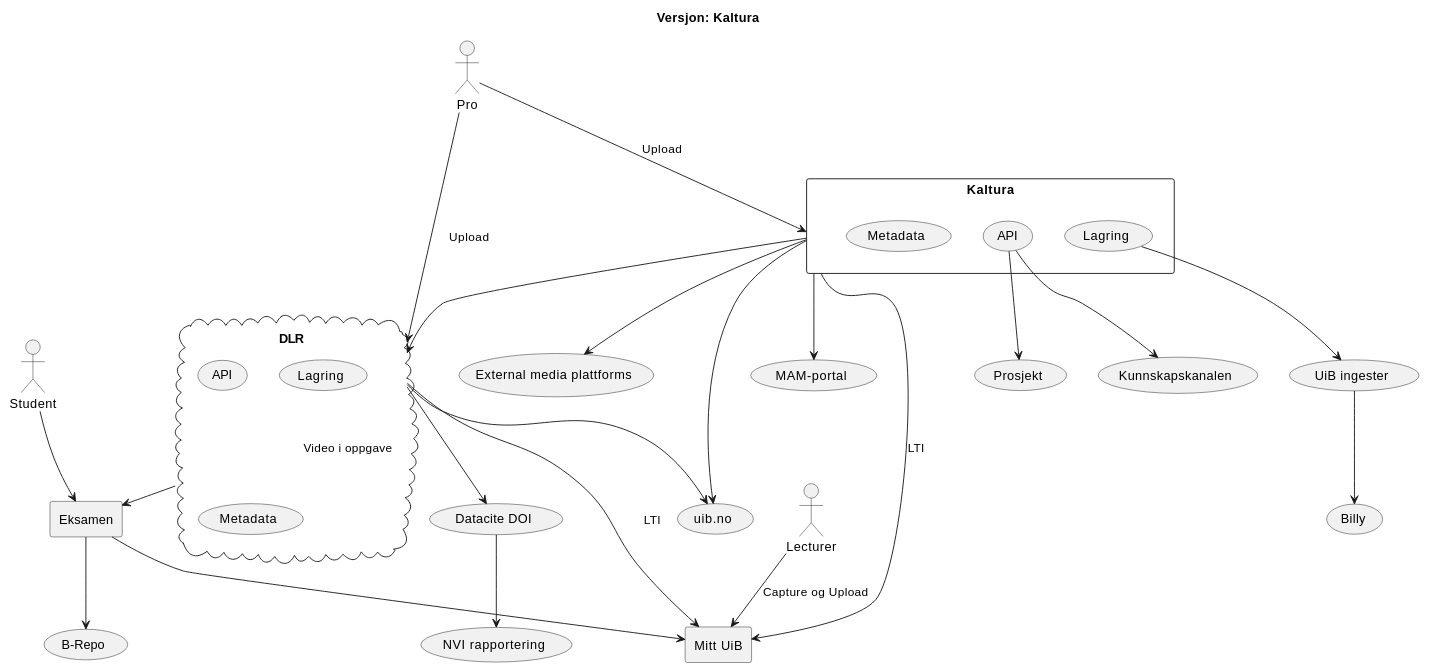
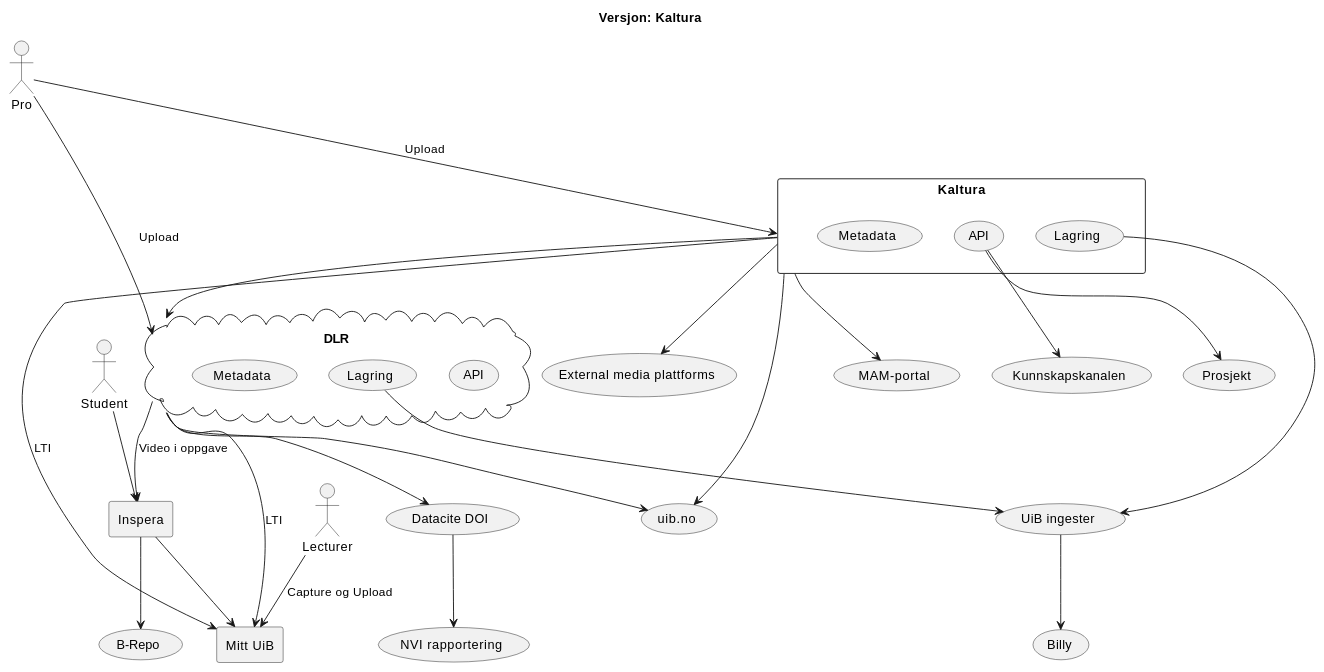
One commit to tarjelavik/mam-dlr-architecture changed the diagram in src/docs/kaltura-whiteboard.md. Above: the diagram before and after it, drawn with PlantUML.

Commit message:
Change to Inspera instead of Eksamen

````diff
--- a/src/docs/kaltura-whiteboard.md
+++ b/src/docs/kaltura-whiteboard.md
@@ -6,53 +6,54 @@
 ```plantuml 
 @startuml
 
 title Versjon: Kaltura
 
 :Pro:
 :Lecturer:
 :Student:
 
 rectangle Kaltura {
     (API) as kapi
     (Lagring) as kstorage
     (Metadata) as kmetadata
 }
 
 cloud DLR {
     (API) as dapi
     (Lagring) as dstorage
     (Metadata) as dmetadata
 }
 
 rectangle "Mitt UiB" as LMS {
 }
 
-rectangle Eksamen {
+rectangle Inspera {
 }
 
 (MAM-portal) as portal
 
 :Lecturer: --> LMS : "Capture og Upload"
 :Pro: --> Kaltura : "Upload"
 :Pro: --> DLR : "Upload"
 Kaltura --> portal
 Kaltura --> DLR
 Kaltura --> LMS : LTI
 Kaltura --> (External media plattforms)
 Kaltura --> (uib.no)
 DLR --> (uib.no)
 kapi --> (Kunnskapskanalen)
 kapi --> (Prosjekt)
 
 kstorage --> (UiB ingester)
+dstorage --> (UiB ingester)
 (UiB ingester) --> (Billy)
 
 DLR --> LMS : LTI
 DLR --> (Datacite DOI)
 (Datacite DOI) --> (NVI rapportering)
-DLR --> Eksamen : Video i oppgave
-Eksamen --> (B-Repo)
-:Student: --> Eksamen
-Eksamen --> LMS
+DLR --> Inspera : Video i oppgave
+Inspera --> (B-Repo)
+:Student: --> Inspera
+Inspera --> LMS
 @enduml
 ```
````
